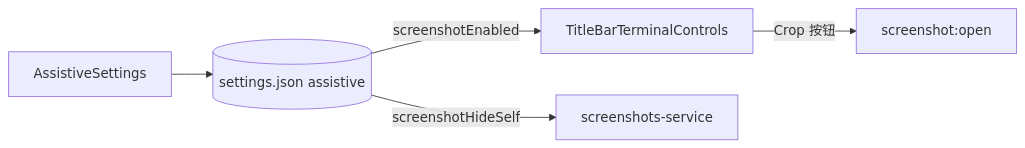
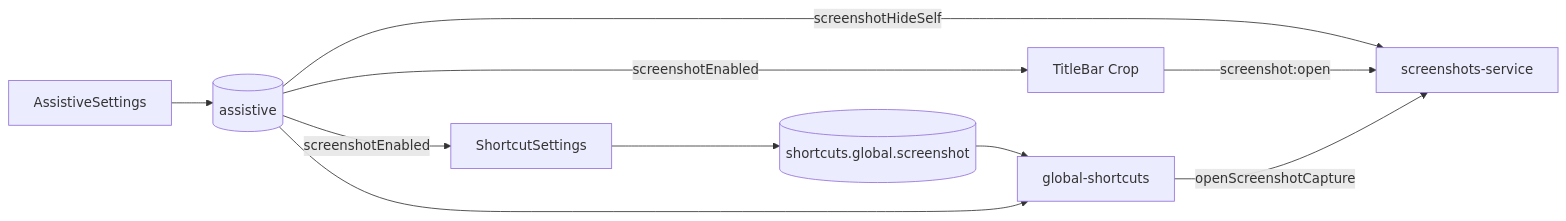
The second of 2 diagrams in docs/功能截图.md (Landers1037/NioZy), drawn with Mermaid before and after one commit. The commit also changed other lines of this file and 1 other file, not shown here.

First line of the commit message:
docs(shortcuts): expand global hotkey and screenshot documentation

````diff
--- a/docs/功能截图.md
+++ b/docs/功能截图.md
@@ -55,12 +75,20 @@
 ```mermaid
 flowchart LR
   Assist["AssistiveSettings"]
-  Disk[("settings.json assistive")]
-  TB["TitleBarTerminalControls"]
+  Shortcut["ShortcutSettings"]
+  DiskAssist[("assistive")]
+  DiskShortcut[("shortcuts.global.screenshot")]
+  TB["TitleBar Crop"]
+  GS["global-shortcuts"]
   Svc["screenshots-service"]
 
-  Assist --> Disk
-  Disk -->|screenshotEnabled| TB
-  Disk -->|screenshotHideSelf| Svc
-  TB -->|Crop 按钮| IPC["screenshot:open"]
+  Assist --> DiskAssist
+  Shortcut --> DiskShortcut
+  DiskAssist -->|screenshotEnabled| TB
+  DiskAssist -->|screenshotEnabled| Shortcut
+  DiskAssist -->|screenshotHideSelf| Svc
+  DiskShortcut --> GS
+  DiskAssist --> GS
+  TB -->|screenshot:open| Svc
+  GS -->|openScreenshotCapture| Svc
 ```
````
